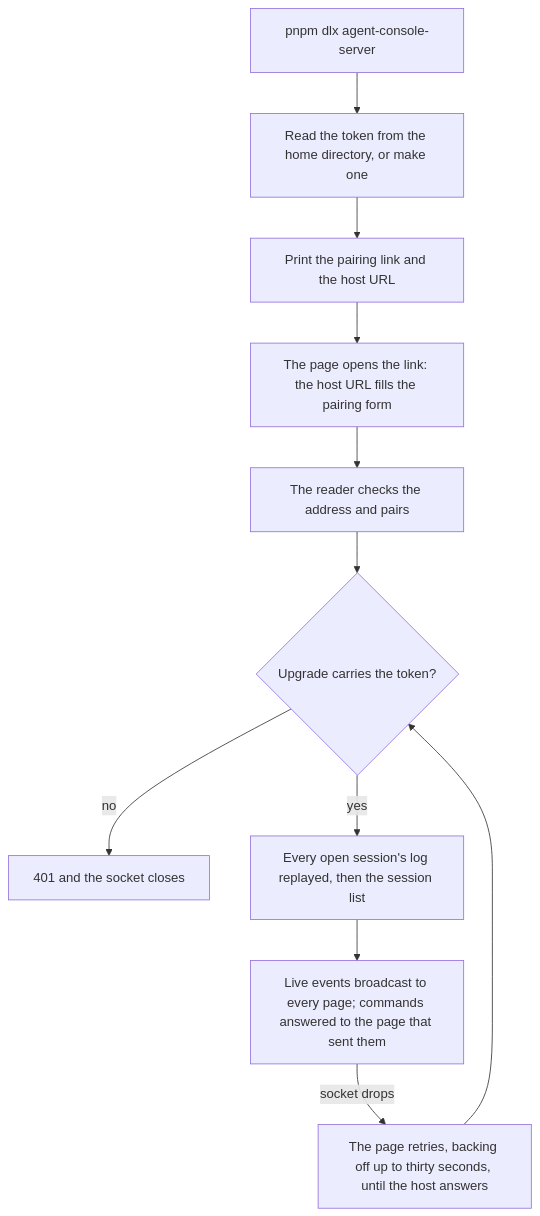
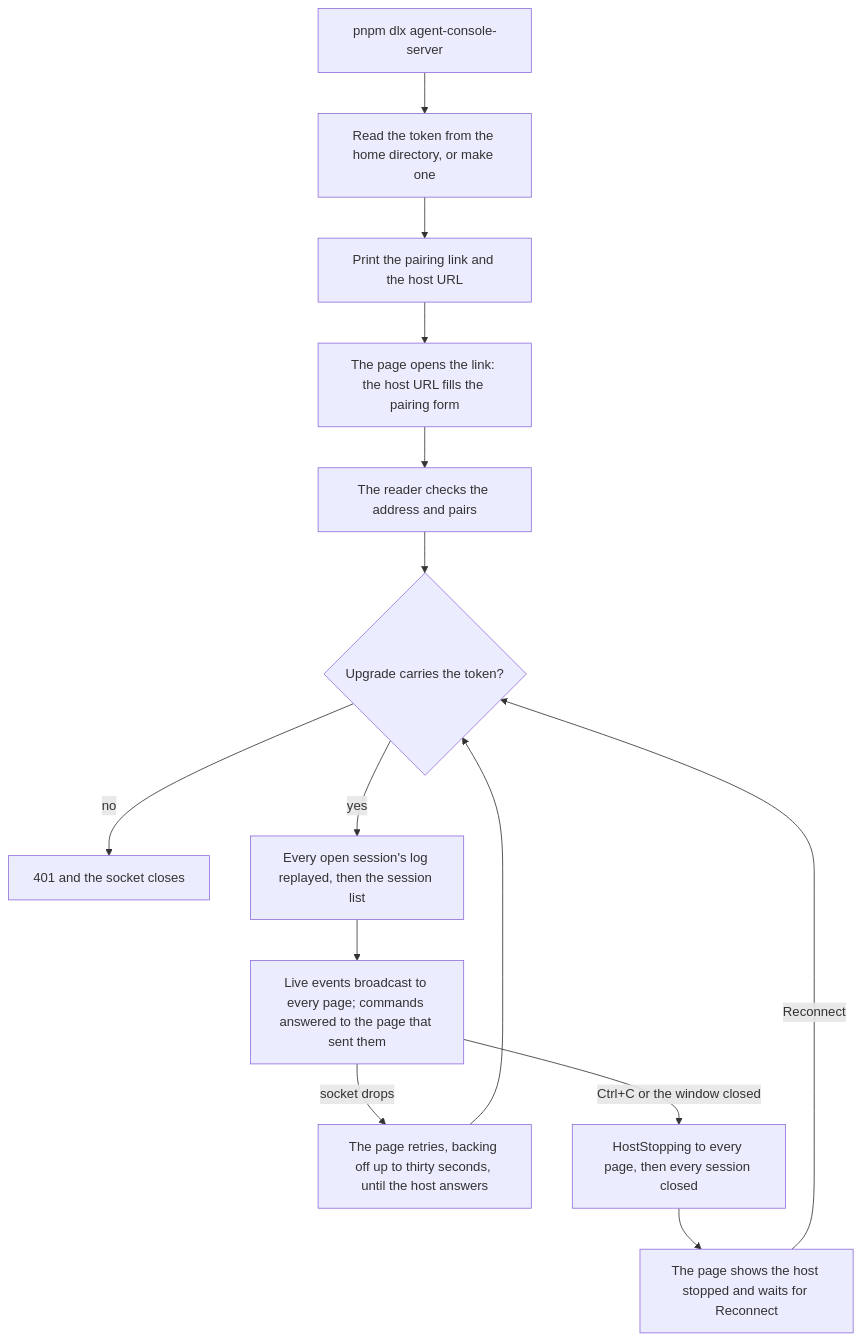
The diagram in apps/web/content/docs/infra/claude-interface/agent-console/host.md (Esposter/Esposter), drawn with Mermaid before and after one commit. The commit also changed other lines of this file and 13 other files, not shown here.

First line of the commit message:
feat(agent-console): a host stopped from its window tells every page, which shows it stopped instead of retrying

````diff
--- a/apps/web/content/docs/infra/claude-interface/agent-console/host.md
+++ b/apps/web/content/docs/infra/claude-interface/agent-console/host.md
@@ -12,13 +12,16 @@
 ```mermaid
 flowchart TD
   Start[pnpm dlx agent-console-server] --> Token[Read the token from the home directory, or make one]
   Token --> Print[Print the pairing link and the host URL]
   Print --> Open[The page opens the link: the host URL fills the pairing form]
   Open --> Pair[The reader checks the address and pairs]
   Pair --> Upgrade{Upgrade carries the token?}
   Upgrade -->|no| Refuse[401 and the socket closes]
   Upgrade -->|yes| Replay[Every open session's log replayed, then the session list]
   Replay --> Live[Live events broadcast to every page; commands answered to the page that sent them]
   Live -->|socket drops| Retry[The page retries, backing off up to thirty seconds, until the host answers]
   Retry --> Upgrade
+  Live -->|Ctrl+C or the window closed| Stopping[HostStopping to every page, then every session closed]
+  Stopping --> Stopped[The page shows the host stopped and waits for Reconnect]
+  Stopped -->|Reconnect| Upgrade
 ```
````
